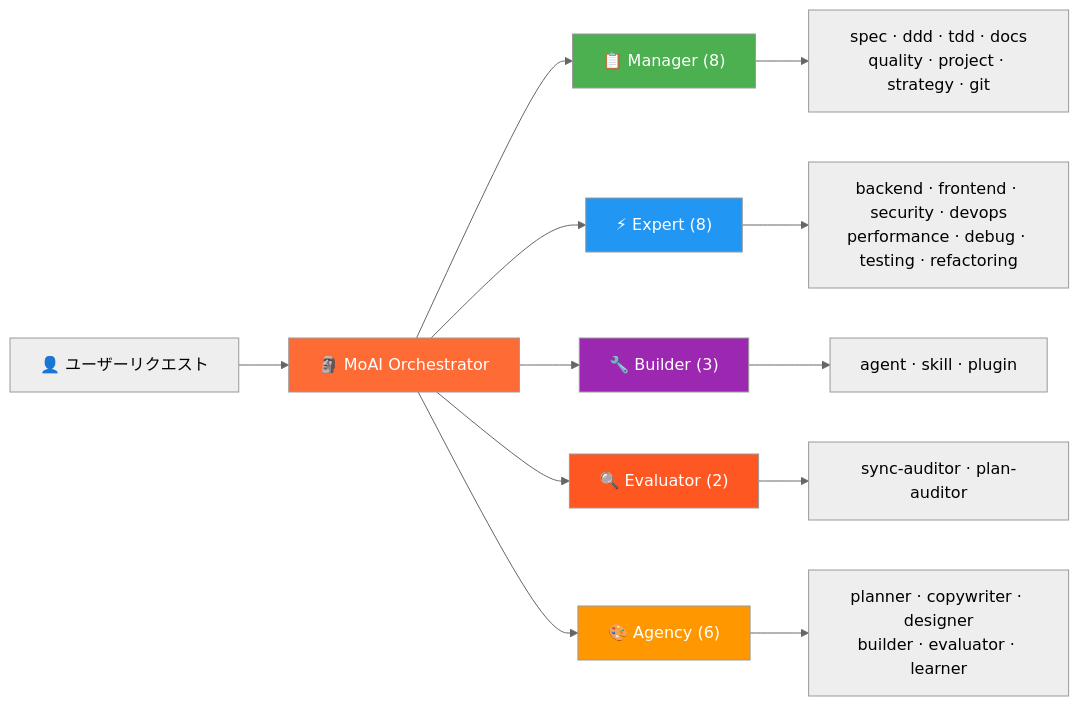
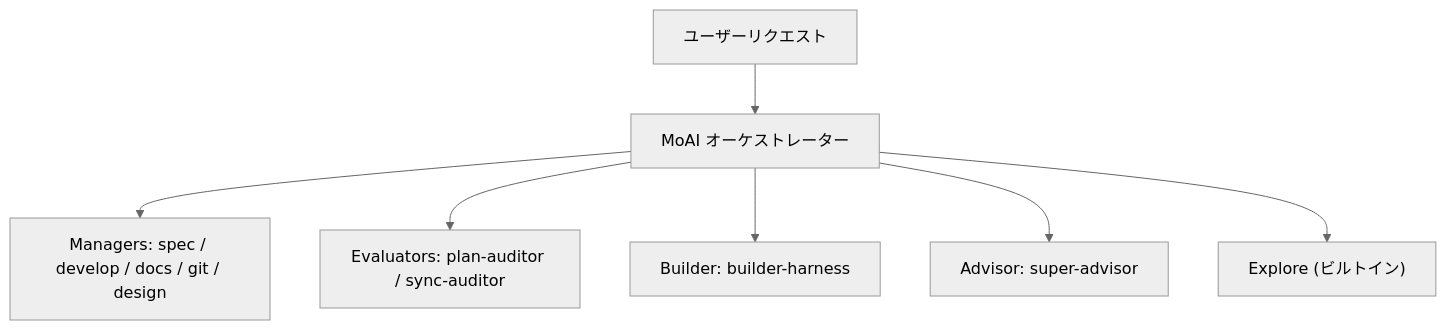
Before and after one commit to modu-ai/moai-adk: the third of 5 diagrams in README.ja.md, drawn with Mermaid (neutral theme). The commit also changed other lines of this file and 395 other files, not shown here.

````diff
--- a/README.ja.md
+++ b/README.ja.md
@@ -262,23 +370,9 @@
 ```mermaid
-graph LR
-    U["👤 ユーザーリクエスト"] --> M["🗿 MoAI Orchestrator"]
-
-    M --> MG["📋 Manager (8)"]
-    M --> EX["⚡ Expert (8)"]
-    M --> BL["🔧 Builder (3)"]
-    M --> EV["🔍 Evaluator (2)"]
-    M --> AG["🎨 Agency (6)"]
-
-    MG --> MG1["spec · ddd · tdd · docs<br/>quality · project · strategy · git"]
-    EX --> EX1["backend · frontend · security · devops<br/>performance · debug · testing · refactoring"]
-    BL --> BL1["agent · skill · plugin"]
-    EV --> EV1["sync-auditor · plan-auditor"]
-    AG --> AG1["planner · copywriter · designer<br/>builder · evaluator · learner"]
-
-    style M fill:#FF6B35,color:#fff
-    style MG fill:#4CAF50,color:#fff
-    style EX fill:#2196F3,color:#fff
-    style BL fill:#9C27B0,color:#fff
-    style EV fill:#FF5722,color:#fff
-    style AG fill:#FF9800,color:#fff
+flowchart TD
+    U["ユーザーリクエスト"] --> M["MoAI オーケストレーター"]
+    M --> MG1["Managers: spec / develop / docs / git / design"]
+    M --> EV["Evaluators: plan-auditor / sync-auditor"]
+    M --> BD["Builder: builder-harness"]
+    M --> AD["Advisor: super-advisor"]
+    M --> EX["Explore (ビルトイン)"]
 ```
````
